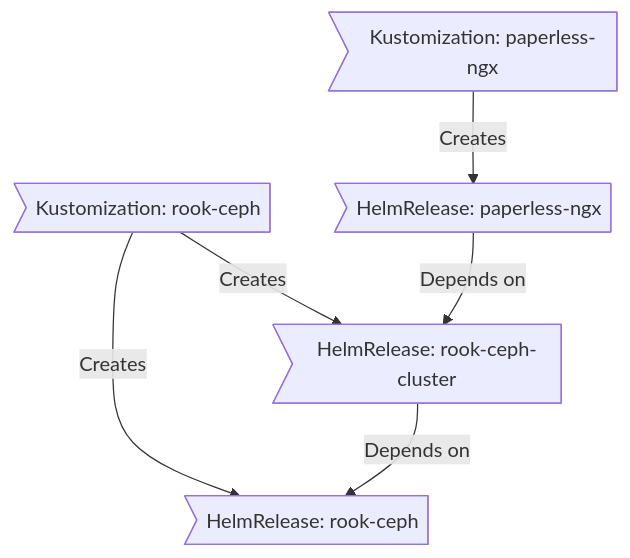
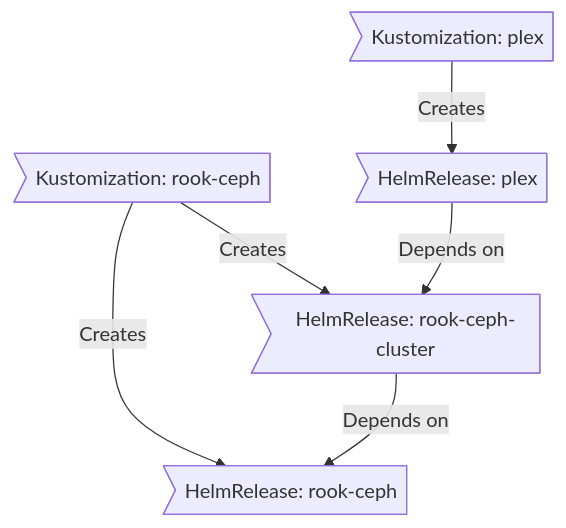
One commit to bykaj/home-ops changed the diagram in README.md. Above: the diagram before and after it, drawn with Mermaid. The commit also changed other lines of this file, not shown here.

````diff
--- a/README.md
+++ b/README.md
@@ -63,8 +63,8 @@
 ```mermaid
 graph TD
     A>Kustomization: rook-ceph] -->|Creates| B[HelmRelease: rook-ceph]
     A>Kustomization: rook-ceph] -->|Creates| C[HelmRelease: rook-ceph-cluster]
     C>HelmRelease: rook-ceph-cluster] -->|Depends on| B>HelmRelease: rook-ceph]
-    D>Kustomization: paperless-ngx] -->|Creates| E(HelmRelease: paperless-ngx)
-    E>HelmRelease: paperless-ngx] -->|Depends on| C>HelmRelease: rook-ceph-cluster]
+    D>Kustomization: plex] -->|Creates| E(HelmRelease: plex)
+    E>HelmRelease: plex] -->|Depends on| C>HelmRelease: rook-ceph-cluster]
 ```
````
